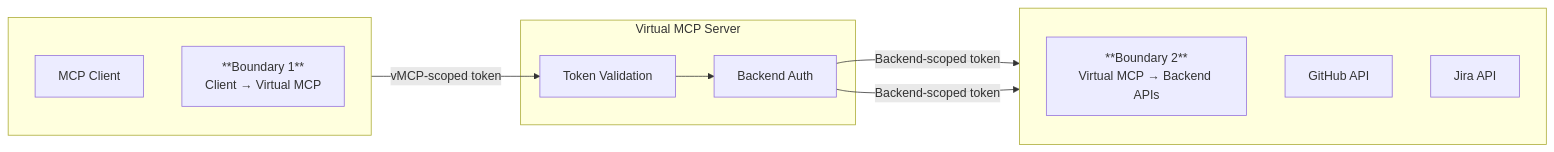
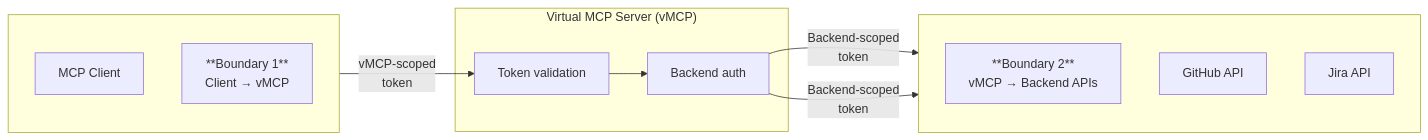
The diagram in docs/toolhive/guides-vmcp/authentication.mdx (stacklok/docs-website), drawn with Mermaid before and after one commit. The commit also changed other lines of this file, not shown here.

Commit message:
Polish auth guide

````diff
--- a/docs/toolhive/guides-vmcp/authentication.mdx
+++ b/docs/toolhive/guides-vmcp/authentication.mdx
@@ -12,25 +12,25 @@
 ```mermaid
 flowchart LR
     subgraph Boundary1[" "]
         direction TB
         Client[MCP Client]
-        B1Label["**Boundary 1**<br>Client → Virtual MCP"]
+        B1Label["**Boundary 1**<br>Client → vMCP"]
     end
 
-    subgraph vMCP[Virtual MCP Server]
-        Auth[Token Validation]
-        Backend[Backend Auth]
+    subgraph vMCP["Virtual MCP Server (vMCP)"]
+        Auth[Token validation]
+        Backend[Backend auth]
     end
 
     subgraph Boundary2[" "]
         direction TB
-        B2Label["**Boundary 2**<br>Virtual MCP → Backend APIs"]
+        B2Label["**Boundary 2**<br>vMCP → Backend APIs"]
         GitHub[GitHub API]
         Jira[Jira API]
     end
 
-    Client -->|"vMCP-scoped token"| Auth
+    Client -->|"vMCP-scoped<br>token"| Auth
     Auth --> Backend
-    Backend -->|"Backend-scoped token"| GitHub
-    Backend -->|"Backend-scoped token"| Jira
+    Backend -->|"Backend-scoped<br>token"| GitHub
+    Backend -->|"Backend-scoped<br>token"| Jira
 ```
````
